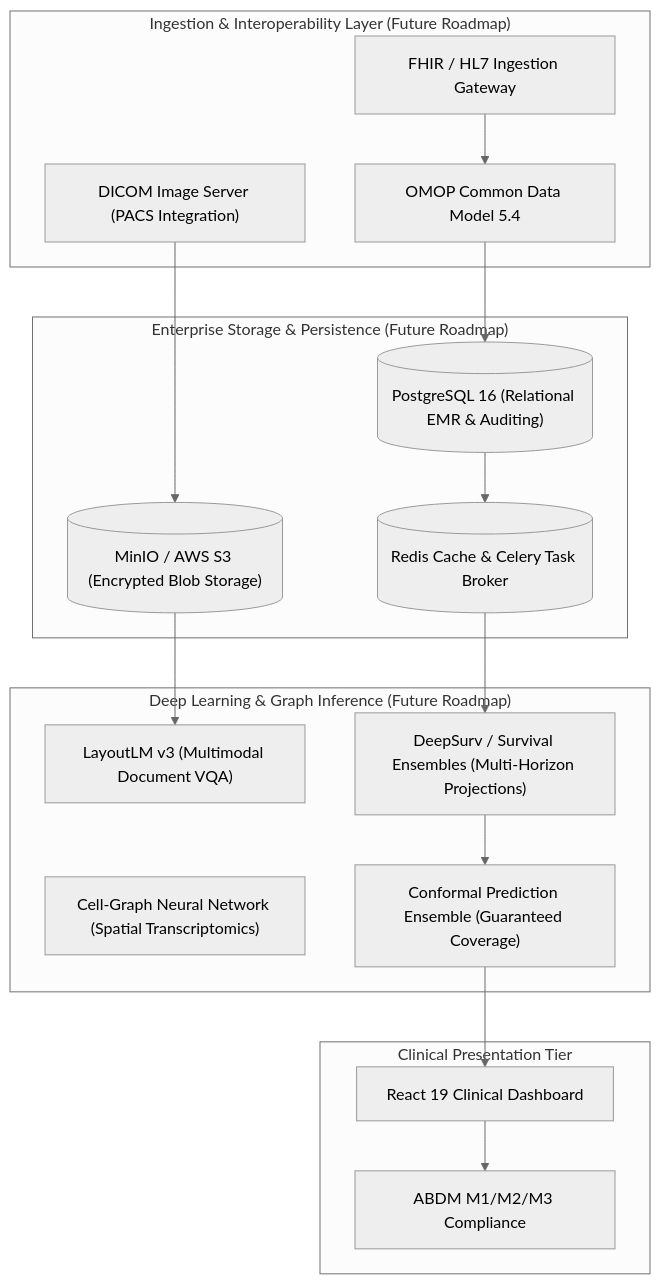
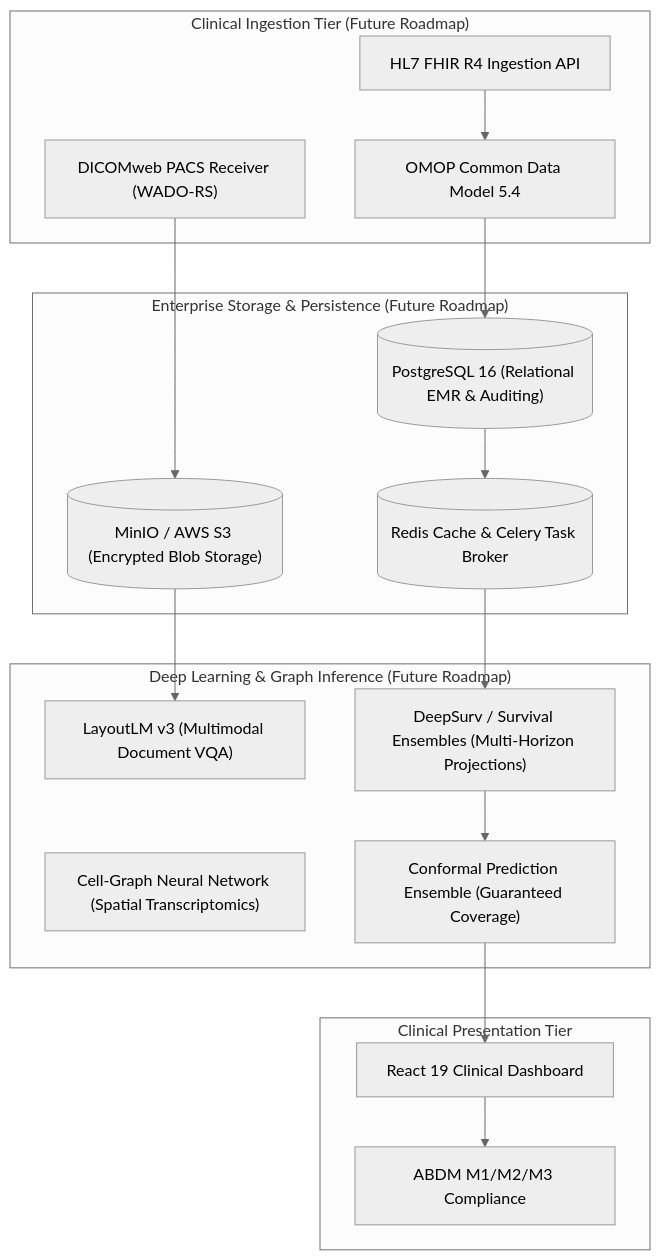
One commit to Mr-McSizzle/pulmoai changed the diagram in docs/final_report_v2.md. Above: the diagram before and after it, drawn with Mermaid (neutral theme). The commit also changed other lines of this file and 25 other files, not shown here.

````diff
--- a/docs/final_report_v2.md
+++ b/docs/final_report_v2.md
@@ -389,36 +297,36 @@
 ```mermaid
 flowchart TD
-    subgraph Ingestion["Ingestion & Interoperability Layer (Future Roadmap)"]
-        FHIR["FHIR / HL7 Ingestion Gateway"]
-        DICOM["DICOM Image Server (PACS Integration)"]
+    subgraph Ingestion["Clinical Ingestion Tier (Future Roadmap)"]
+        FHIR["HL7 FHIR R4 Ingestion API"]
+        DICOM["DICOMweb PACS Receiver (WADO-RS)"]
         OMOP["OMOP Common Data Model 5.4"]
     end
 
     subgraph Storage["Enterprise Storage & Persistence (Future Roadmap)"]
         PG[("PostgreSQL 16 (Relational EMR & Auditing)")]
         S3[("MinIO / AWS S3 (Encrypted Blob Storage)")]
         REDIS[("Redis Cache & Celery Task Broker")]
     end
 
     subgraph Models["Deep Learning & Graph Inference (Future Roadmap)"]
         LLM["LayoutLM v3 (Multimodal Document VQA)"]
         GNN["Cell-Graph Neural Network (Spatial Transcriptomics)"]
         SURV["DeepSurv / Survival Ensembles (Multi-Horizon Projections)"]
         ENS["Conformal Prediction Ensemble (Guaranteed Coverage)"]
     end
 
     subgraph UI["Clinical Presentation Tier"]
         REACT["React 19 Clinical Dashboard"]
         ABDM["ABDM M1/M2/M3 Compliance"]
     end
 
     FHIR --> OMOP
     DICOM --> S3
     OMOP --> PG
     PG --> REDIS
     S3 --> LLM
     REDIS --> SURV
     SURV --> ENS
     ENS --> REACT
     REACT --> ABDM
 ```
````
